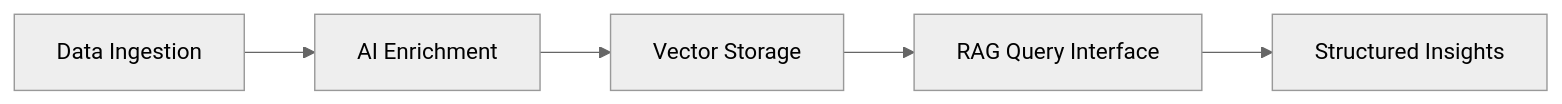
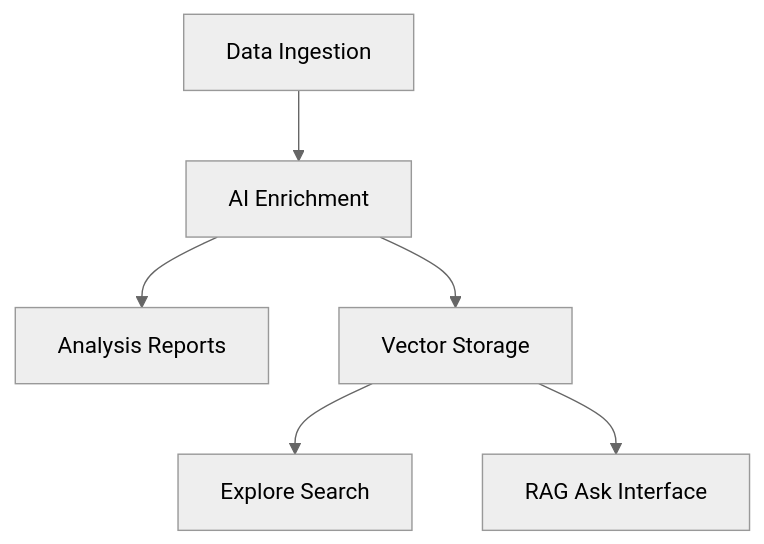
The first of 2 diagrams in docs/problemstatement.md (Aparnachandrashekar/voc-intelligence-platform), drawn with Mermaid (neutral theme) before and after one commit. The commit also changed other lines of this file and 170 other files, not shown here.

````diff
--- a/docs/problemstatement.md
+++ b/docs/problemstatement.md
@@ -26,7 +33,8 @@
 ```mermaid
-flowchart LR
+flowchart TB
     A[Data Ingestion] --> B[AI Enrichment]
-    B --> C[Vector Storage]
-    C --> D[RAG Query Interface]
-    D --> E[Structured Insights]
+    B --> C[Analysis Reports]
+    B --> D[Vector Storage]
+    D --> E[Explore Search]
+    D --> F[RAG Ask Interface]
 ```
````
